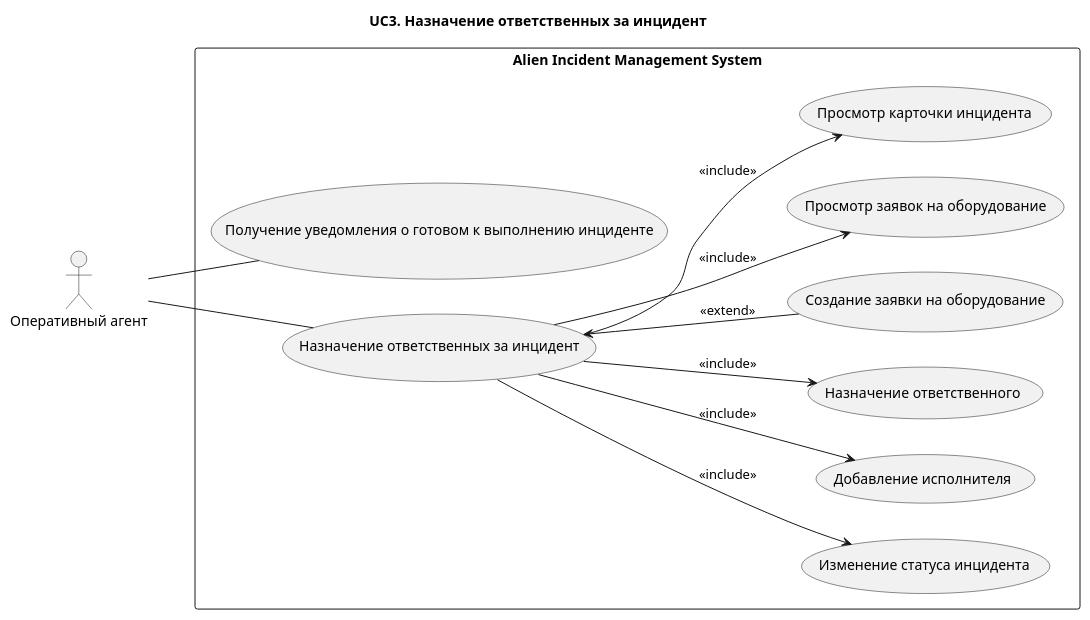
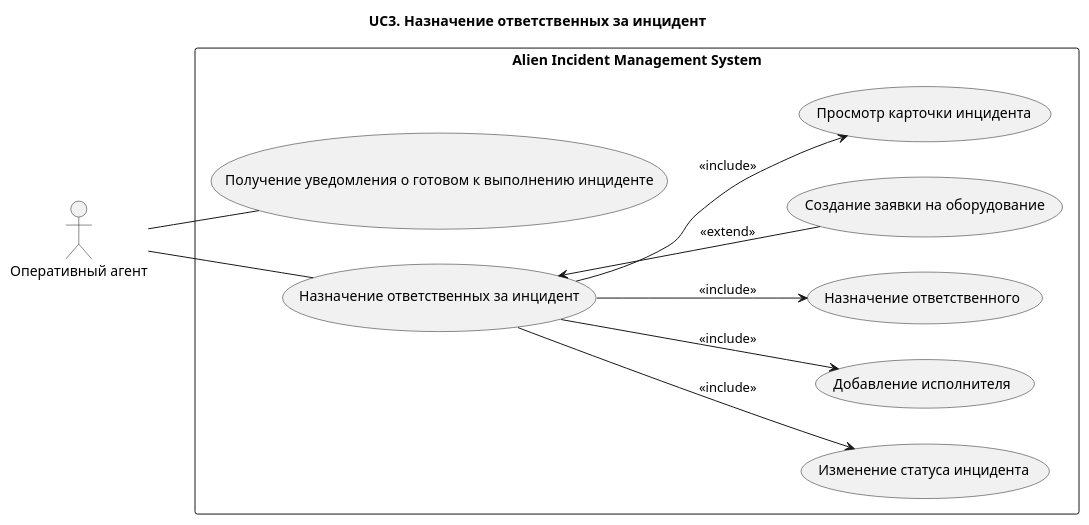
The first of 4 diagrams in docs/use-case/UC3.md (Andryss/AIMS), drawn with PlantUML before and after one commit. The commit also changed other lines of this file and 23 other files, not shown here.

Commit message:
docs: refine use-case diagrams and centralize rendering commands

````diff
--- a/docs/use-case/UC3.md
+++ b/docs/use-case/UC3.md
@@ -5,35 +5,33 @@
 ```plantuml
 @startuml
 title UC3. Назначение ответственных за инцидент
 left to right direction
 
 actor "Оперативный агент" as Agent
 
 rectangle "Alien Incident Management System" {
 
 (Получение уведомления о готовом к выполнению инциденте) as UC01
 
 (Назначение ответственных за инцидент) as UC11
 
 (Изменение статуса инцидента) as UC116
 (Добавление исполнителя) as UC115
 (Назначение ответственного) as UC114
 (Создание заявки на оборудование) as UC113
-(Просмотр заявок на оборудование) as UC112
 (Просмотр карточки инцидента) as UC111
 
 }
 
 Agent -- UC01
 
 Agent -- UC11
 
 UC11 --> UC111 : <<include>>
-UC11 --> UC112 : <<include>>
 UC11 <-- UC113 : <<extend>>
 UC11 --> UC114 : <<include>>
 UC11 --> UC115 : <<include>>
 UC11 --> UC116 : <<include>>
 
 @enduml
 ```
````
